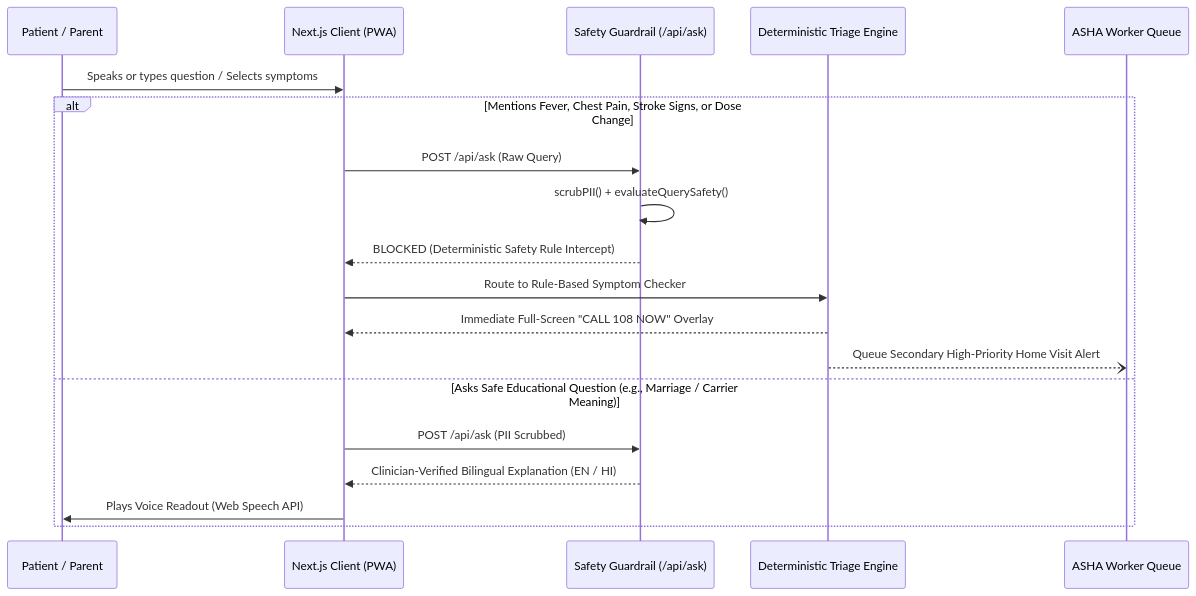
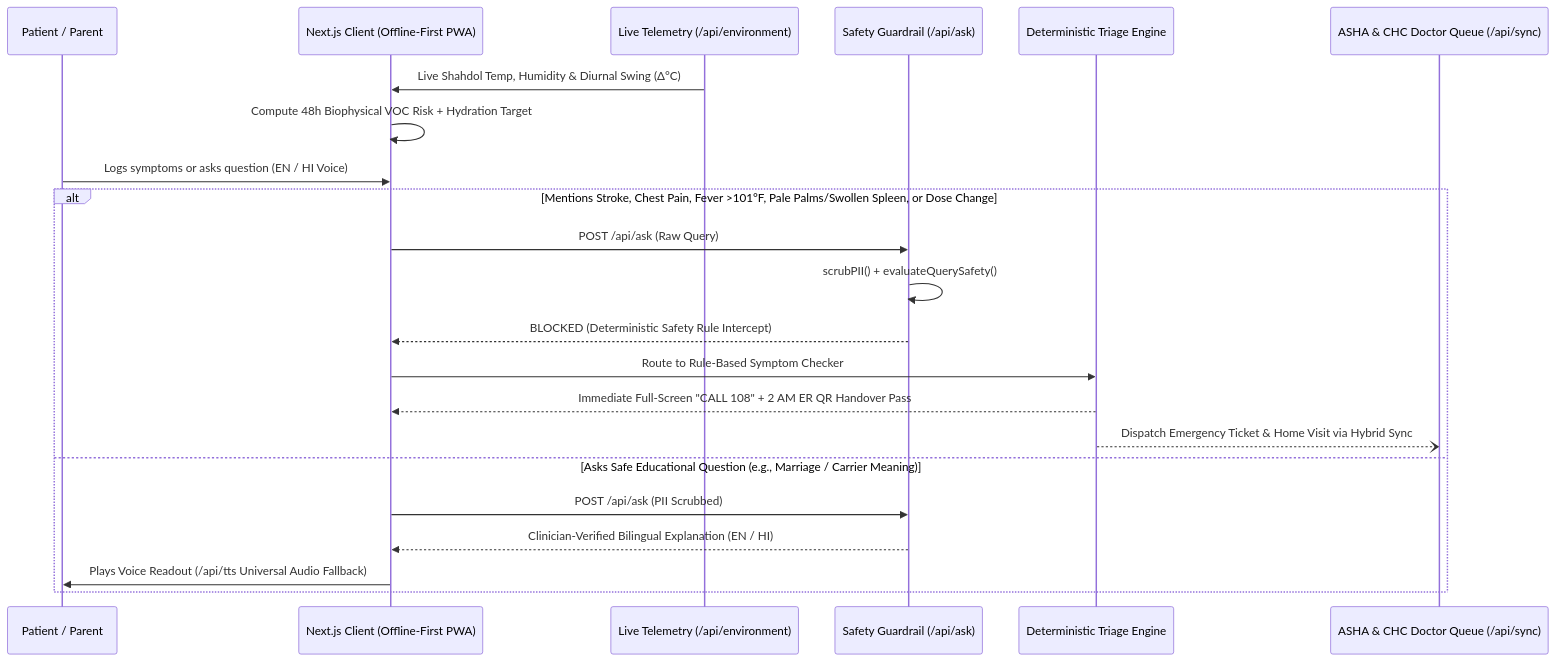
Before and after one commit to yaswanthme007/sickle-cell-care-loop: the second of 2 diagrams in README.md, drawn with Mermaid. The commit also changed other lines of this file and 2 other files, not shown here.

Commit message:
feat(onboarding): add real clinical intake form, interactive partner Punnett simulator & updated README diagrams

````diff
--- a/README.md
+++ b/README.md
@@ -67,22 +71,25 @@
 ```mermaid
 sequenceDiagram
     participant U as Patient / Parent
-    participant UI as Next.js Client (PWA)
+    participant UI as Next.js Client (Offline-First PWA)
+    participant ENV as Live Telemetry (/api/environment)
     participant SG as Safety Guardrail (/api/ask)
     participant TE as Deterministic Triage Engine
-    participant ASHA as ASHA Worker Queue
+    participant ASHA as ASHA & CHC Doctor Queue (/api/sync)
 
-    U->>UI: Speaks or types question / Selects symptoms
-    alt Mentions Fever, Chest Pain, Stroke Signs, or Dose Change
+    ENV->>UI: Live Shahdol Temp, Humidity & Diurnal Swing (Δ°C)
+    UI->>UI: Compute 48h Biophysical VOC Risk + Hydration Target
+    U->>UI: Logs symptoms or asks question (EN / HI Voice)
+    alt Mentions Stroke, Chest Pain, Fever >101°F, Pale Palms/Swollen Spleen, or Dose Change
         UI->>SG: POST /api/ask (Raw Query)
         SG->>SG: scrubPII() + evaluateQuerySafety()
         SG-->>UI: BLOCKED (Deterministic Safety Rule Intercept)
         UI->>TE: Route to Rule-Based Symptom Checker
-        TE-->>UI: Immediate Full-Screen "CALL 108 NOW" Overlay
-        TE--)ASHA: Queue Secondary High-Priority Home Visit Alert
+        TE-->>UI: Immediate Full-Screen "CALL 108" + 2 AM ER QR Handover Pass
+        TE--)ASHA: Dispatch Emergency Ticket & Home Visit via Hybrid Sync
     else Asks Safe Educational Question (e.g., Marriage / Carrier Meaning)
         UI->>SG: POST /api/ask (PII Scrubbed)
         SG-->>UI: Clinician-Verified Bilingual Explanation (EN / HI)
-        UI->>U: Plays Voice Readout (Web Speech API)
+        UI->>U: Plays Voice Readout (/api/tts Universal Audio Fallback)
     end
 ```
````
